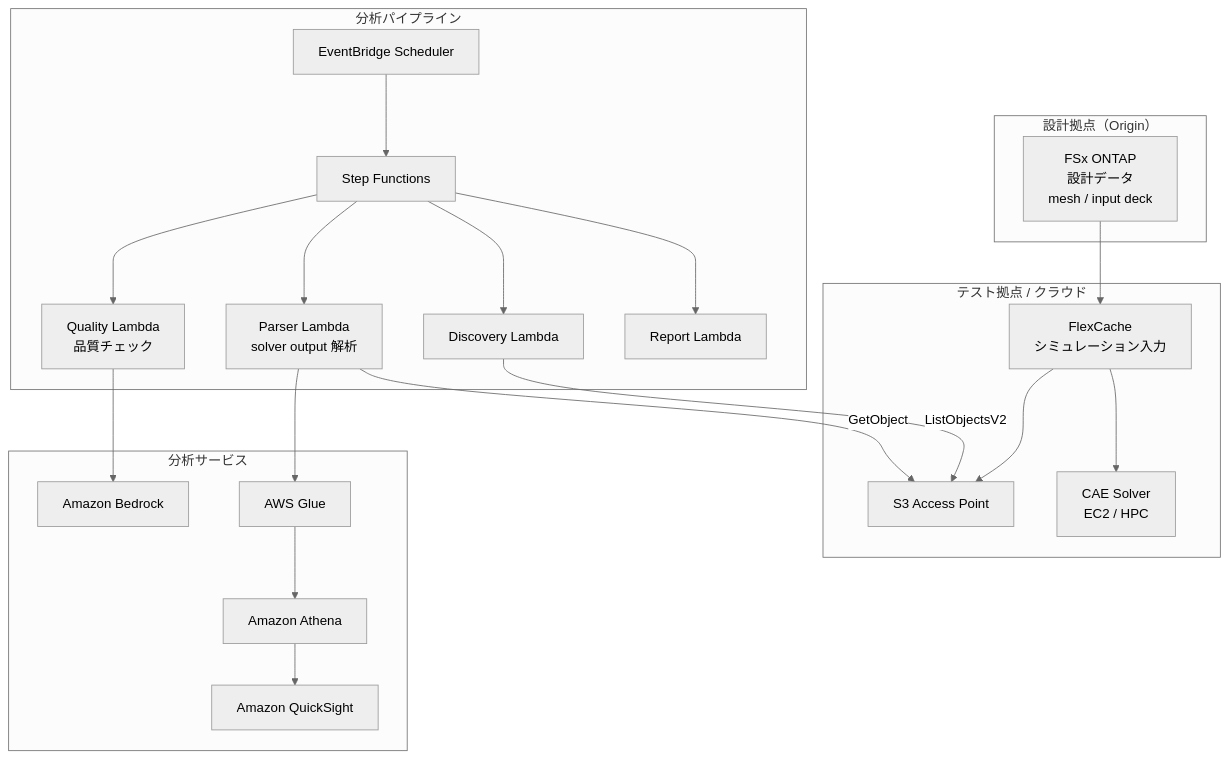
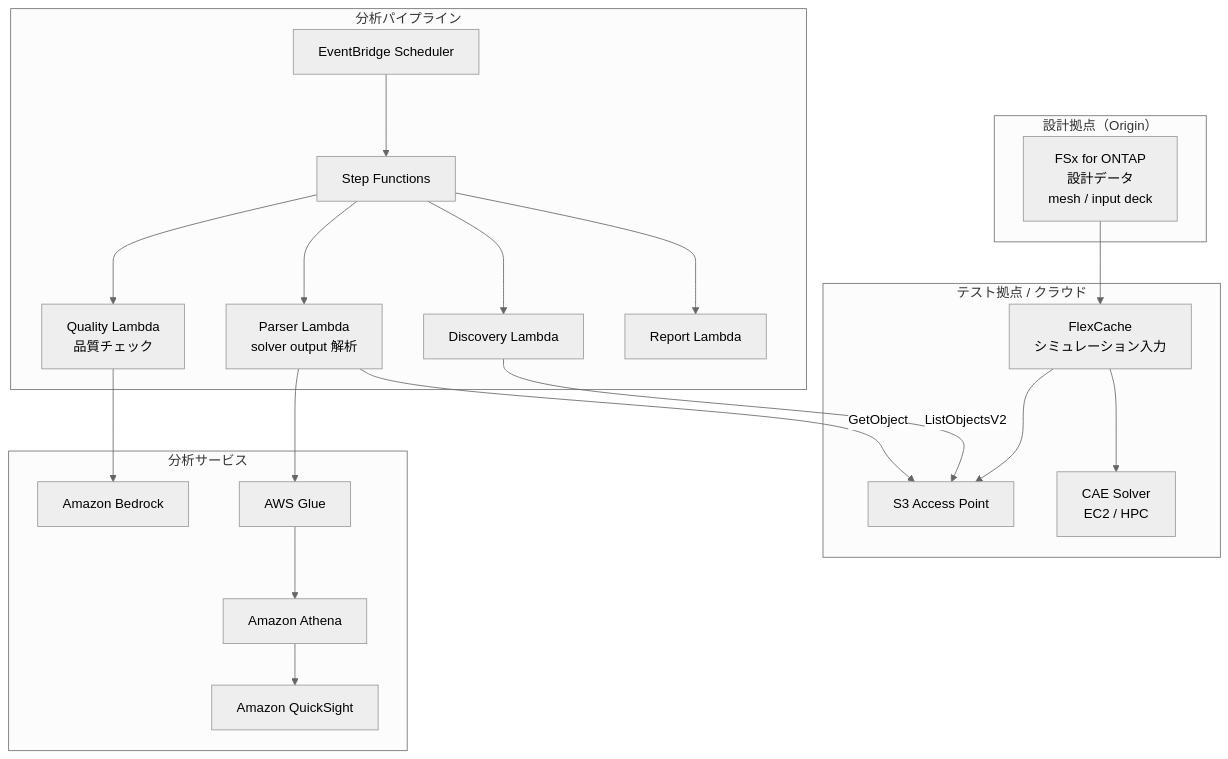
The diagram in automotive-cae/README.md (Yoshiki0705/FSx-for-ONTAP-S3AccessPoints-Serverless-Patterns), drawn with Mermaid (neutral theme) before and after one commit. The commit also changed other lines of this file and 752 other files, not shown here.

````diff
--- a/automotive-cae/README.md
+++ b/automotive-cae/README.md
@@ -21,38 +21,38 @@
 ```mermaid
 graph TB
     subgraph "設計拠点（Origin）"
-        DESIGN[FSx ONTAP<br/>設計データ<br/>mesh / input deck]
+        DESIGN[FSx for ONTAP<br/>設計データ<br/>mesh / input deck]
     end
     subgraph "テスト拠点 / クラウド"
         CACHE[FlexCache<br/>シミュレーション入力]
         S3AP[S3 Access Point]
         SOLVER[CAE Solver<br/>EC2 / HPC]
     end
     subgraph "分析パイプライン"
         EBS[EventBridge Scheduler]
         SFN[Step Functions]
         DISC[Discovery Lambda]
         PARSE[Parser Lambda<br/>solver output 解析]
         QUALITY[Quality Lambda<br/>品質チェック]
         RPT[Report Lambda]
     end
     subgraph "分析サービス"
         ATHENA[Amazon Athena]
         BEDROCK[Amazon Bedrock]
         GLUE[AWS Glue]
         QS[Amazon QuickSight]
     end
     DESIGN --> CACHE
     CACHE --> SOLVER
     CACHE --> S3AP
     EBS --> SFN
     SFN --> DISC
     DISC -->|ListObjectsV2| S3AP
     SFN --> PARSE
     PARSE -->|GetObject| S3AP
     SFN --> QUALITY
     SFN --> RPT
     PARSE --> GLUE --> ATHENA
     QUALITY --> BEDROCK
     ATHENA --> QS
 ```
````
